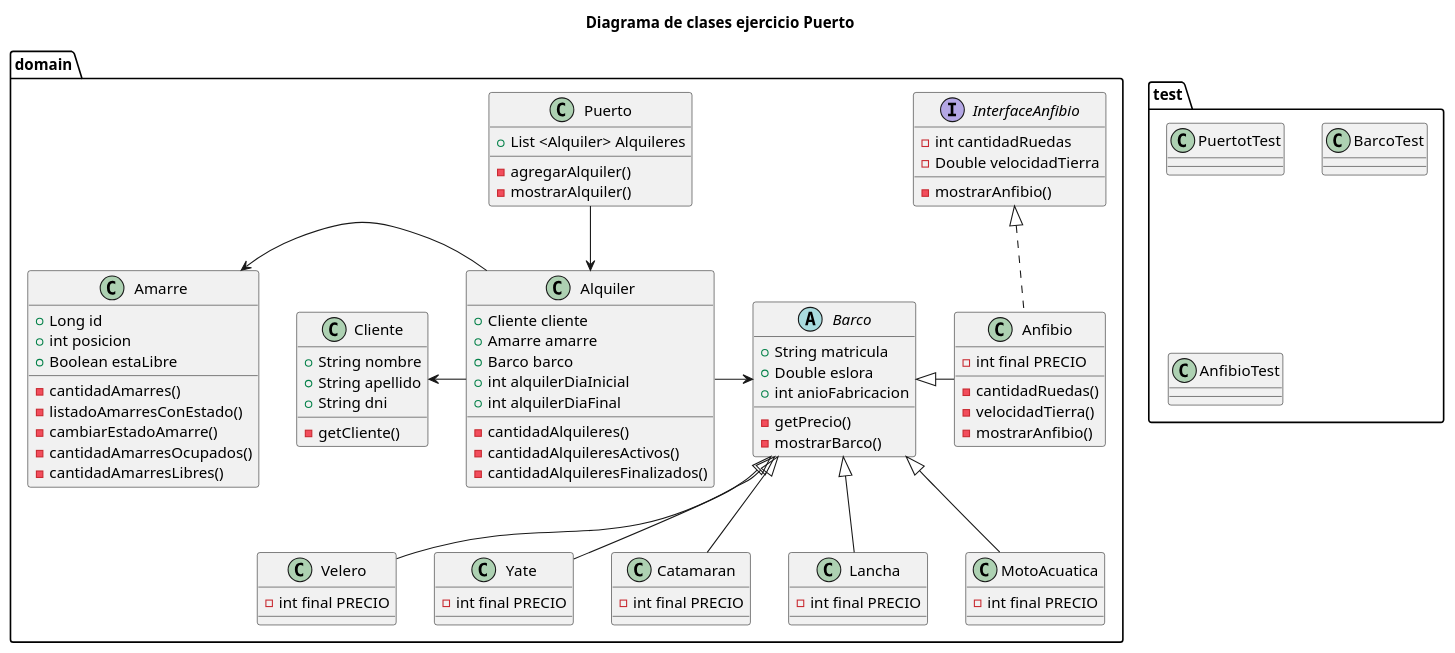
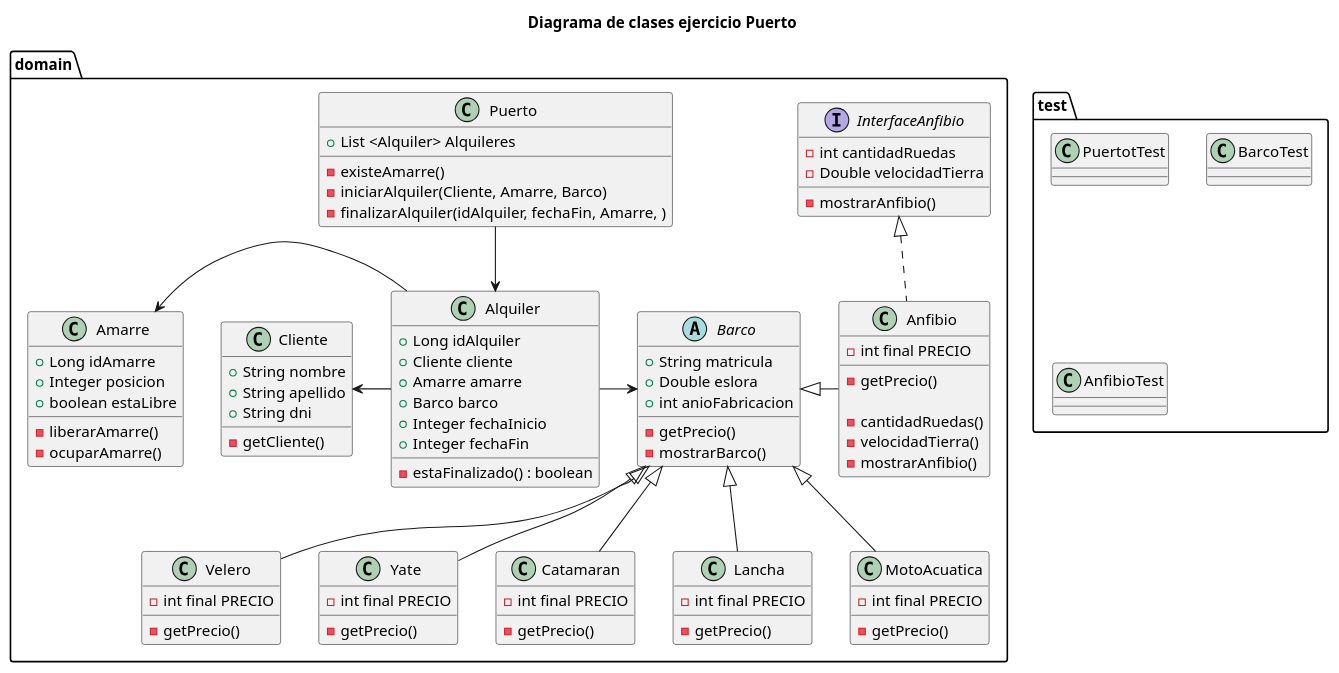
One commit to gioruanova/dvpoo20232cpuertoruanovajorge changed the diagram in src/doc/diagrama-clases.puml. Above: the diagram before and after it, drawn with PlantUML. The commit also changed 24 other files, not shown here.

```diff
--- a/src/doc/diagrama-clases.puml
+++ b/src/doc/diagrama-clases.puml
@@ -1,117 +1,121 @@
 @startuml
 
 title Diagrama de clases ejercicio Puerto
 
 
 package domain{
 
 	class Puerto {
 	+List <Alquiler> Alquileres
 	
-	-agregarAlquiler()
-	-mostrarAlquiler()
+	-existeAmarre()
+	-iniciarAlquiler(Cliente, Amarre, Barco)
+	-finalizarAlquiler(idAlquiler, fechaFin, Amarre, )
 	}
 
 	class Alquiler {
+	+Long idAlquiler
 	+Cliente cliente
 	+Amarre amarre
 	+Barco barco
-	+int alquilerDiaInicial
-	+int alquilerDiaFinal
+	+Integer fechaInicio
+	+Integer fechaFin
 	
-	-cantidadAlquileres()
-	-cantidadAlquileresActivos()
-	-cantidadAlquileresFinalizados()
+	-estaFinalizado() : boolean
 	}
 
 	class Amarre {
-	+Long id
-	+int posicion
-	+Boolean estaLibre
+	+Long idAmarre
+	+Integer posicion
+	+boolean estaLibre
 	
-	-cantidadAmarres()
-	-listadoAmarresConEstado()
-	-cambiarEstadoAmarre()
-	-cantidadAmarresOcupados()
-	-cantidadAmarresLibres()
-	
-	
+	-liberarAmarre()
+	-ocuparAmarre()
 	}
 
 	class Cliente {
 	+String nombre
 	+String apellido
 	+String dni
 	
 	-getCliente()
 	}
 
 	abstract class Barco {
 	+String matricula
 	+Double eslora
 	+int anioFabricacion
 	
 	-getPrecio()
 	-mostrarBarco()
 	}
 	
 
 	
 	class Velero{
 	-int final PRECIO
+	-getPrecio()
 	}
 	
 		class Yate{
 	-int final PRECIO
+	-getPrecio()
 	}
 	
 		class Catamaran{
 	-int final PRECIO
+	-getPrecio()
 	}
 	
 		class Lancha{
 	-int final PRECIO
+	-getPrecio()
 	}
 	
 		class MotoAcuatica{
 	-int final PRECIO
+	-getPrecio()
 	}
 	
 		class Anfibio{
 	-int final PRECIO
+	-getPrecio()
+	
 	-cantidadRuedas()
 	-velocidadTierra()
 	-mostrarAnfibio()
 	}
 	
 		interface  InterfaceAnfibio{
 	-int cantidadRuedas
 	-Double velocidadTierra
 		-mostrarAnfibio()
 	}
 	
 }
 
 	package test{
 	class PuertotTest
 	class BarcoTest
 	class AnfibioTest
 	}
 	
+	
+	
 Puerto --> Alquiler
 Alquiler -left-> Amarre
 Alquiler -left-> Cliente
 Alquiler -right-> Barco
 
 Barco <|-- Velero
 Barco <|-- Yate
 Barco <|-- Catamaran
 Barco <|-- Lancha
 Barco <|-right- Anfibio
 Barco <|-- MotoAcuatica
 
 InterfaceAnfibio <|.. Anfibio
 
 
 
 @enduml
```
